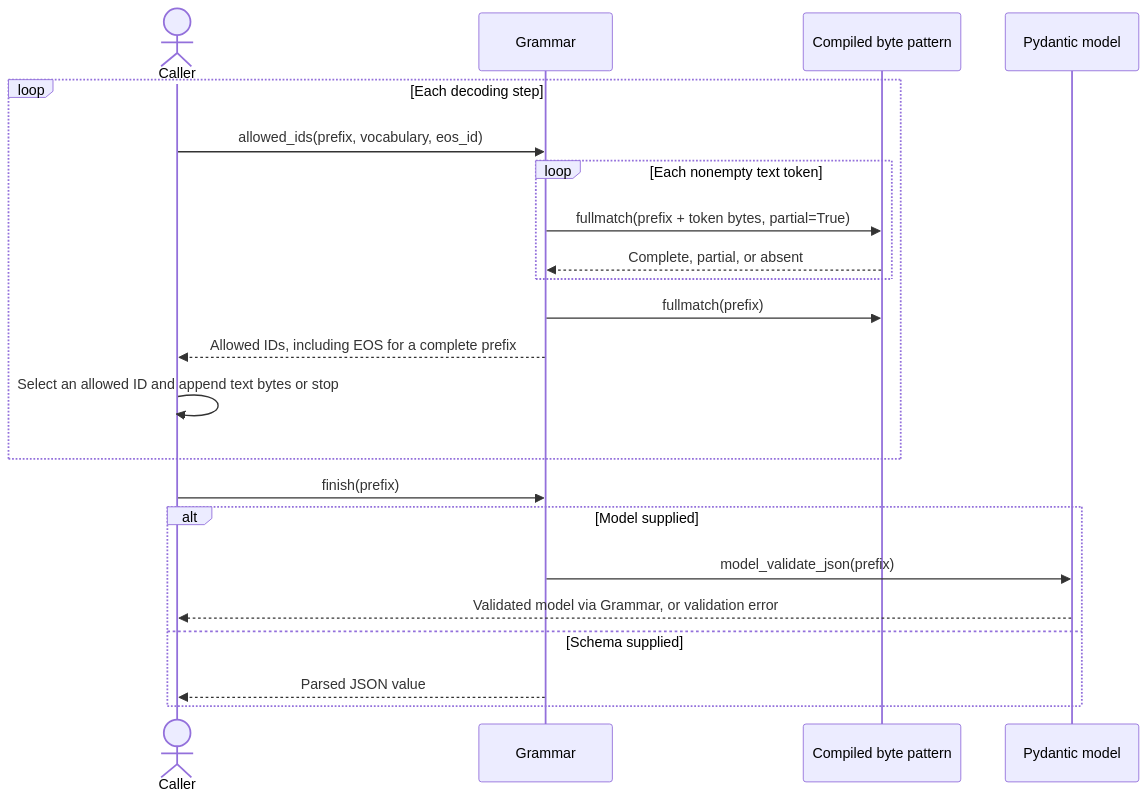
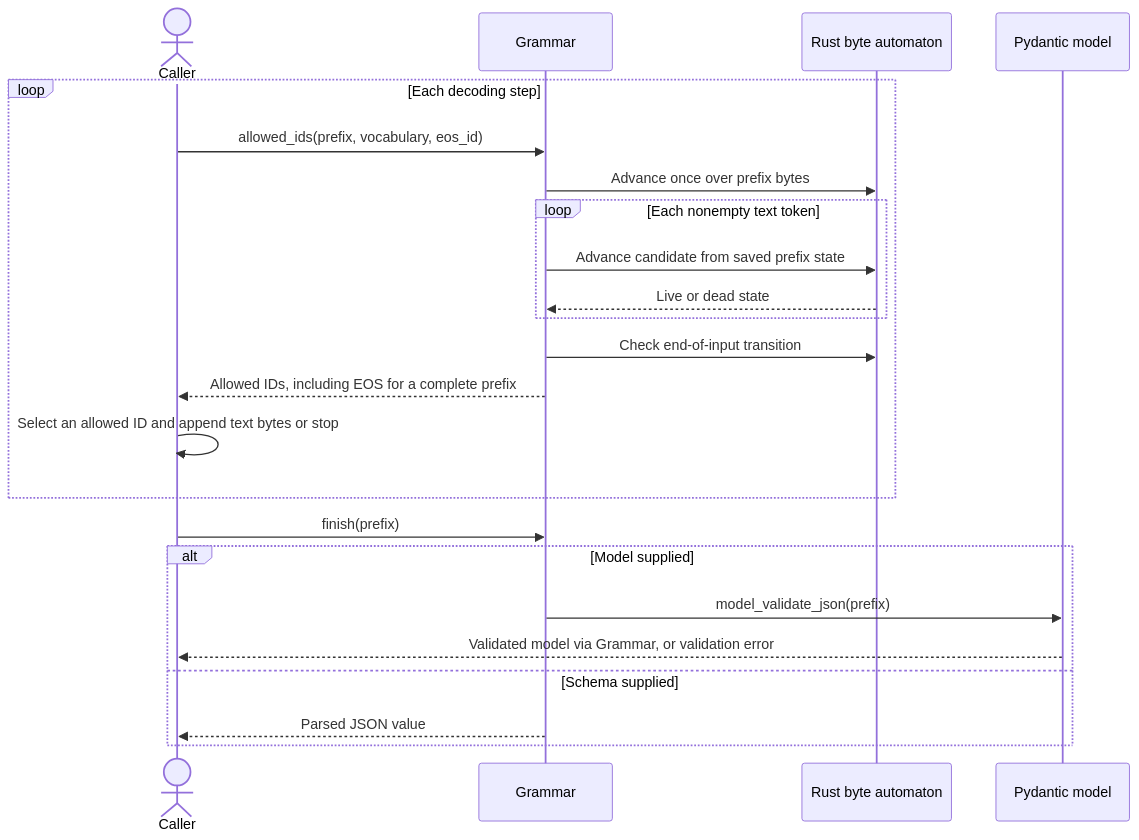
One commit to asigdel29/grammar-constrained-decoding changed the second of 2 diagrams in docs/system-design.md. Above: the diagram before and after it, drawn with Mermaid. The commit also changed other lines of this file and 23 other files, not shown here.

Commit message:
Implement the grammar compiler and token masks in Rust

````diff
--- a/docs/system-design.md
+++ b/docs/system-design.md
@@ -51,24 +52,25 @@
 ```mermaid
 sequenceDiagram
     actor Caller
     participant G as Grammar
-    participant R as Compiled byte pattern
+    participant R as Rust byte automaton
     participant M as Pydantic model
     loop Each decoding step
         Caller->>G: allowed_ids(prefix, vocabulary, eos_id)
+        G->>R: Advance once over prefix bytes
         loop Each nonempty text token
-            G->>R: fullmatch(prefix + token bytes, partial=True)
-            R-->>G: Complete, partial, or absent
+            G->>R: Advance candidate from saved prefix state
+            R-->>G: Live or dead state
         end
-        G->>R: fullmatch(prefix)
+        G->>R: Check end-of-input transition
         G-->>Caller: Allowed IDs, including EOS for a complete prefix
         Caller->>Caller: Select an allowed ID and append text bytes or stop
     end
     Caller->>G: finish(prefix)
     alt Model supplied
         G->>M: model_validate_json(prefix)
         M-->>Caller: Validated model via Grammar, or validation error
     else Schema supplied
         G-->>Caller: Parsed JSON value
     end
 ```
````
